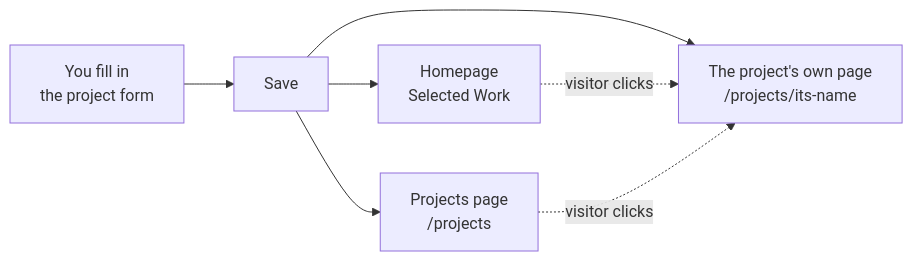
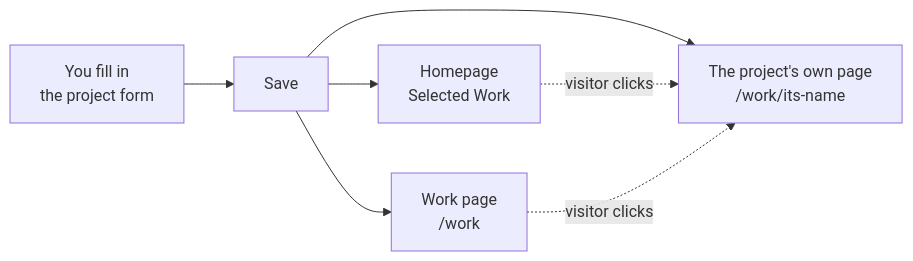
One commit to Pyramid-tech/PyramidTechPortfolio changed the first of 5 diagrams in docs/Projects.md. Above: the diagram before and after it, drawn with Mermaid. The commit also changed other lines of this file and 34 other files, not shown here.

````diff
--- a/docs/Projects.md
+++ b/docs/Projects.md
@@ -21,9 +21,9 @@
 ```mermaid
 flowchart LR
     A["You fill in<br/>the project form"] --> B["Save"]
     B --> C["Homepage<br/>Selected Work"]
-    B --> D["Projects page<br/>/projects"]
-    B --> E["The project's own page<br/>/projects/its-name"]
+    B --> D["Work page<br/>/work"]
+    B --> E["The project's own page<br/>/work/its-name"]
     C -.->|"visitor clicks"| E
     D -.->|"visitor clicks"| E
 ```
````
